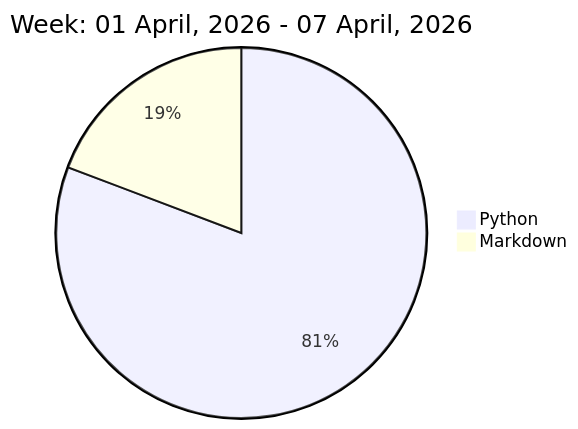
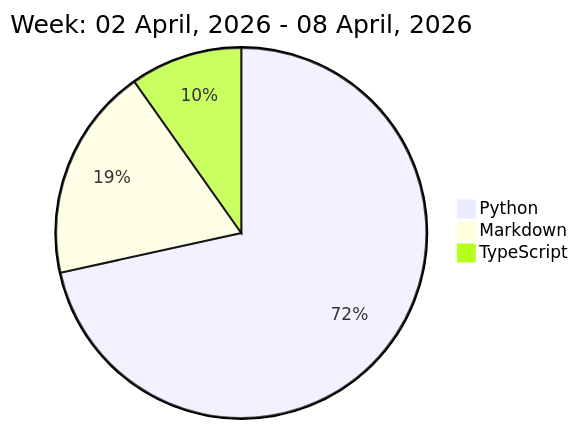
Before and after one commit to liubin95/liubin95: the diagram in README.md, drawn with Mermaid.

Commit message:
Updated the Graph with new Metrics

````diff
--- a/README.md
+++ b/README.md
@@ -32,6 +32,7 @@
 ```mermaid
  pie
-title Week: 01 April, 2026 - 07 April, 2026
- "Python" : 11.63
- "Markdown" : 2.77
+title Week: 02 April, 2026 - 08 April, 2026
+ "Python" : 12.28
+ "Markdown" : 3.2
+ "TypeScript" : 1.68
 ```
````
